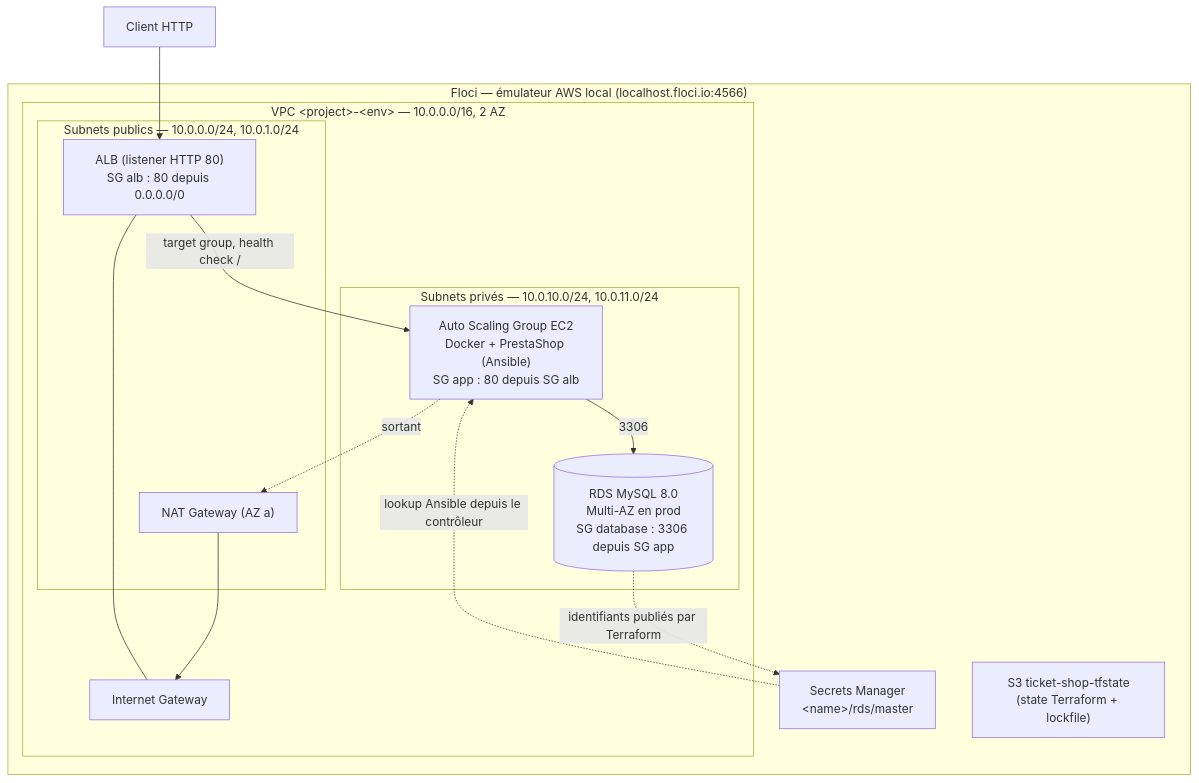
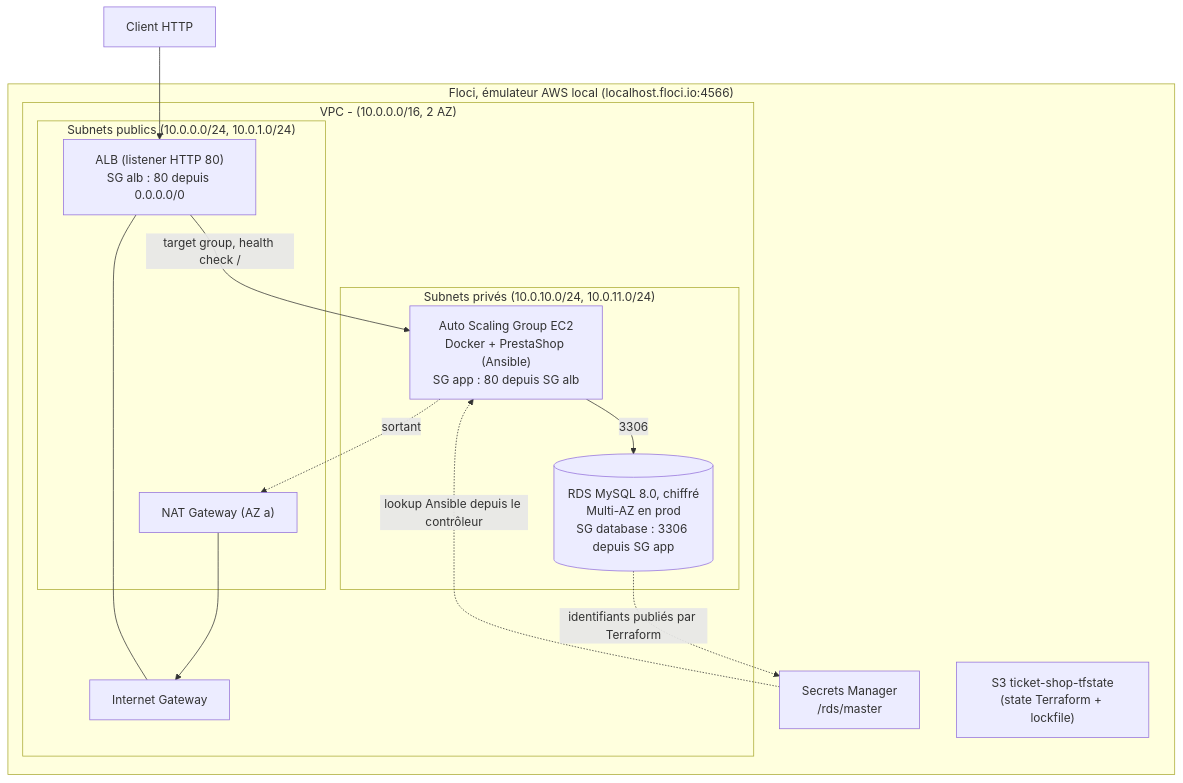
Before and after one commit to ECG-Rudy-Glt/5HASH: the diagram in docs/architecture.md, drawn with Mermaid. The commit also changed other lines of this file and 5 other files, not shown here.

````diff
--- a/docs/architecture.md
+++ b/docs/architecture.md
@@ -7,28 +5,28 @@
 ```mermaid
 flowchart TB
     client["Client HTTP"]
 
-    subgraph floci["Floci — émulateur AWS local (localhost.floci.io:4566)"]
-        subgraph vpc["VPC &lt;project&gt;-&lt;env&gt; — 10.0.0.0/16, 2 AZ"]
-            subgraph pub["Subnets publics — 10.0.0.0/24, 10.0.1.0/24"]
+    subgraph floci["Floci, émulateur AWS local (localhost.floci.io:4566)"]
+        subgraph vpc["VPC <project>-<env> (10.0.0.0/16, 2 AZ)"]
+            subgraph pub["Subnets publics (10.0.0.0/24, 10.0.1.0/24)"]
                 alb["ALB (listener HTTP 80)<br/>SG alb : 80 depuis 0.0.0.0/0"]
                 nat["NAT Gateway (AZ a)"]
             end
-            subgraph priv["Subnets privés — 10.0.10.0/24, 10.0.11.0/24"]
+            subgraph priv["Subnets privés (10.0.10.0/24, 10.0.11.0/24)"]
                 asg["Auto Scaling Group EC2<br/>Docker + PrestaShop (Ansible)<br/>SG app : 80 depuis SG alb"]
-                rds[("RDS MySQL 8.0<br/>Multi-AZ en prod<br/>SG database : 3306 depuis SG app")]
+                rds[("RDS MySQL 8.0, chiffré<br/>Multi-AZ en prod<br/>SG database : 3306 depuis SG app")]
             end
             igw["Internet Gateway"]
         end
-        sm["Secrets Manager<br/>&lt;name&gt;/rds/master"]
+        sm["Secrets Manager<br/><name>/rds/master"]
         s3["S3 ticket-shop-tfstate<br/>(state Terraform + lockfile)"]
     end
 
     client --> alb
     alb -->|target group, health check /| asg
     asg -->|3306| rds
     asg -.->|sortant| nat --> igw
     alb --- igw
     rds -.->|identifiants publiés par Terraform| sm
     sm -.->|lookup Ansible depuis le contrôleur| asg
 ```
````
